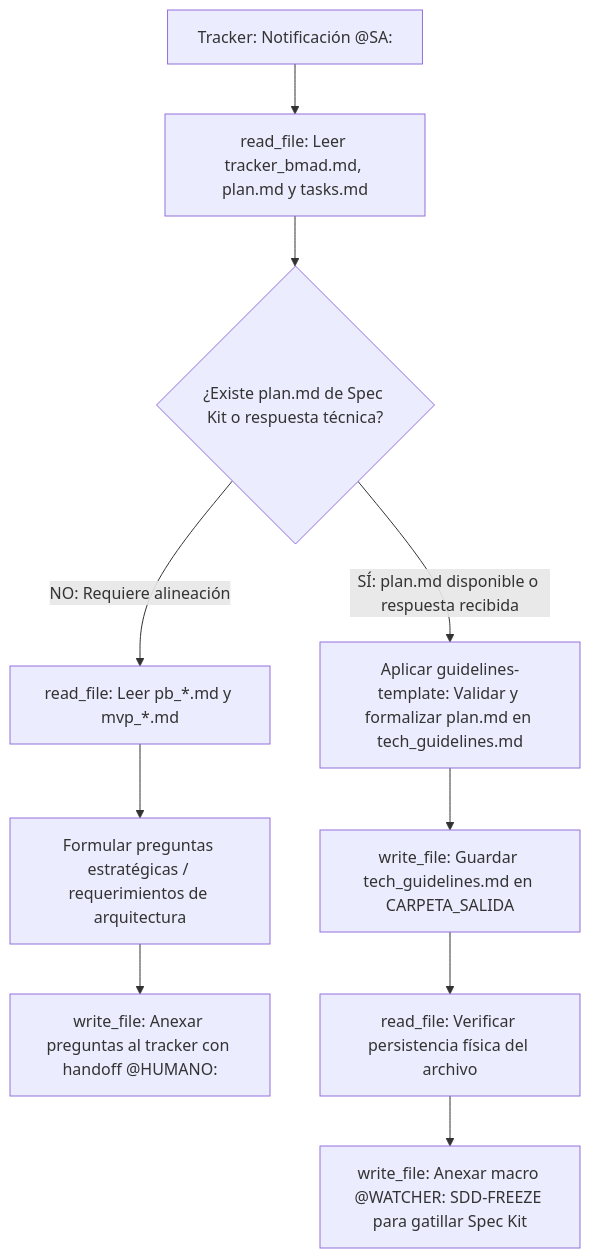
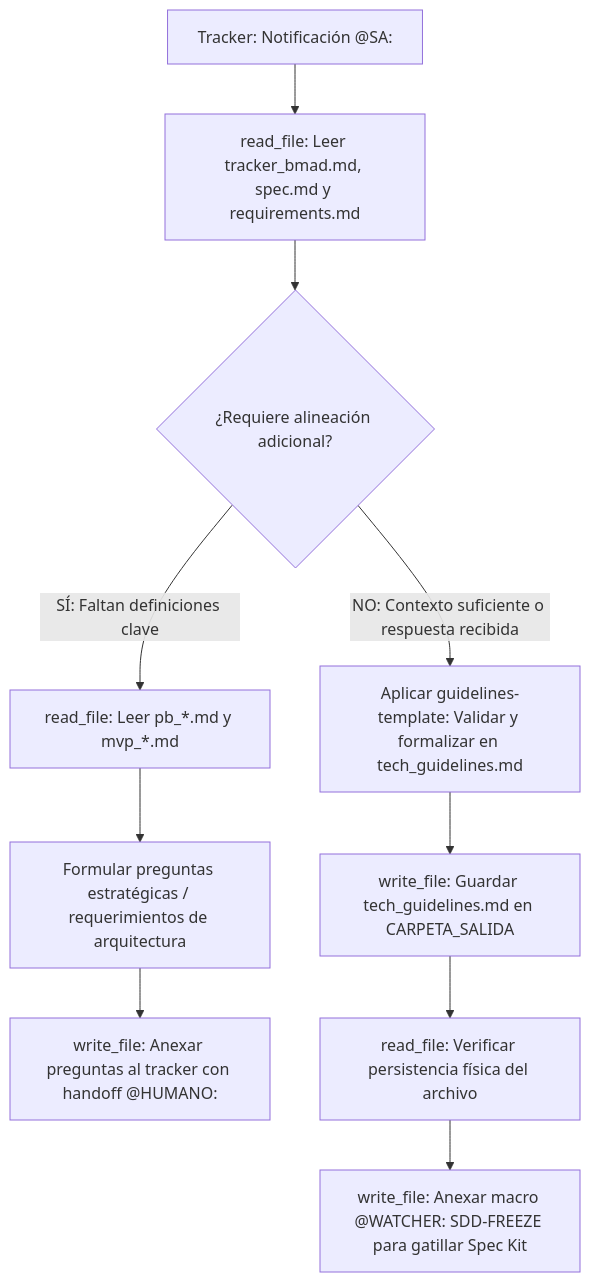
The diagram in solutions-architect/agents/solutions-architect.agent.md (pauloravicaceres/template-bmad), drawn with Mermaid before and after one commit. The commit also changed other lines of this file and 11 other files, not shown here.

Commit message:
feat: Update architecture and guide documentation to clarify implementation phases and enhance UX design processes

````diff
--- a/solutions-architect/agents/solutions-architect.agent.md
+++ b/solutions-architect/agents/solutions-architect.agent.md
@@ -59,14 +59,14 @@
 ```mermaid
 flowchart TD
-    A["Tracker: Notificación @SA:"] --> B["read_file: Leer tracker_bmad.md, plan.md y tasks.md"]
-    B --> C{"¿Existe plan.md de Spec Kit o respuesta técnica?"}
+    A["Tracker: Notificación @SA:"] --> B["read_file: Leer tracker_bmad.md, spec.md y requirements.md"]
+    B --> C{"¿Requiere alineación adicional?"}
     
-    C -->|NO: Requiere alineación| D["read_file: Leer pb_*.md y mvp_*.md"]
+    C -->|SÍ: Faltan definiciones clave| D["read_file: Leer pb_*.md y mvp_*.md"]
     D --> E["Formular preguntas estratégicas / requerimientos de arquitectura"]
     E --> F["write_file: Anexar preguntas al tracker con handoff @HUMANO:"]
     
-    C -->|SÍ: plan.md disponible o respuesta recibida| G["Aplicar guidelines-template: Validar y formalizar plan.md en tech_guidelines.md"]
+    C -->|NO: Contexto suficiente o respuesta recibida| G["Aplicar guidelines-template: Validar y formalizar en tech_guidelines.md"]
     G --> H["write_file: Guardar tech_guidelines.md en CARPETA_SALIDA"]
     H --> I["read_file: Verificar persistencia física del archivo"]
     I --> J["write_file: Anexar macro @WATCHER: SDD-FREEZE para gatillar Spec Kit"]
 ```
````
